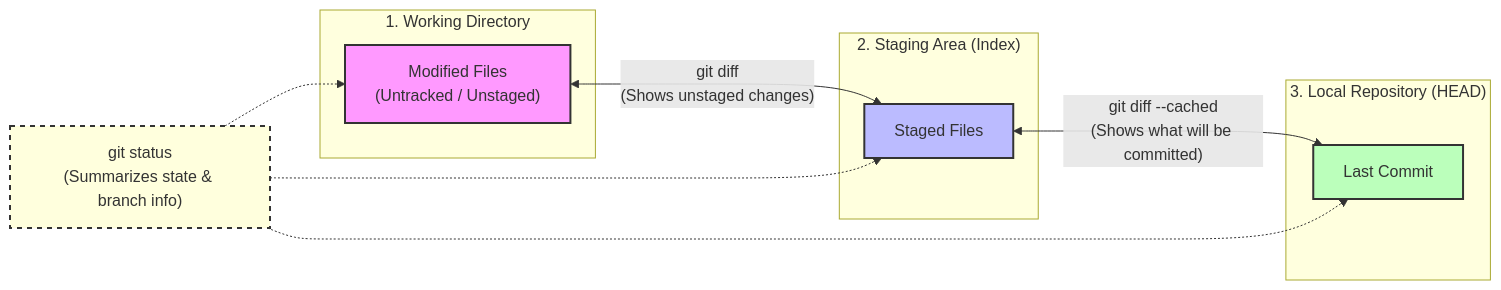
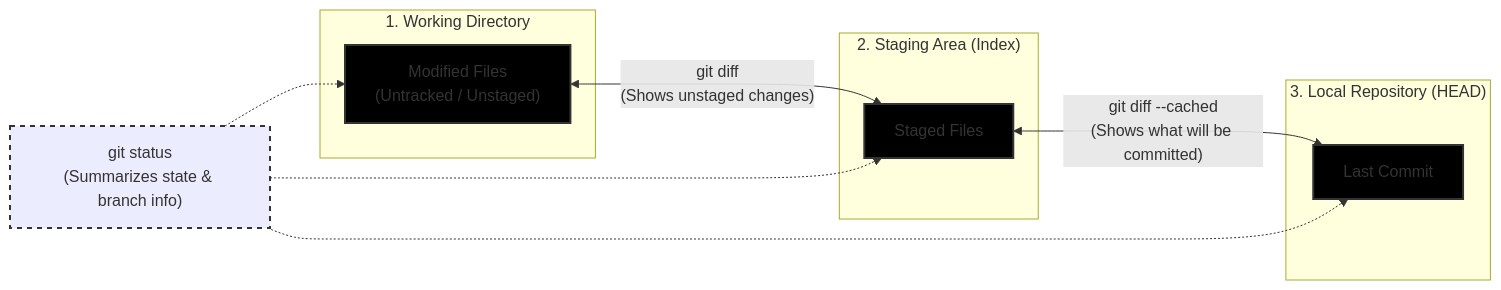
One commit to Balasubramanian-pg/Git-101 changed the second of 2 diagrams in 01. Git Fundamentals/Repository Working Directory Staging Area Commit.md. Above: the diagram before and after it, drawn with Mermaid.

Commit message:
Enhance documentation on Git states and workflow
Added detailed explanations of Git's repository, working directory, staging area, and commit process. Included visualizations and common confusions to enhance understanding.

````diff
--- a/01. Git Fundamentals/Repository Working Directory Staging Area Commit.md
+++ b/01. Git Fundamentals/Repository Working Directory Staging Area Commit.md
@@ -69,27 +69,27 @@
 ```mermaid
 flowchart LR
     subgraph WorkingDirectory ["1. Working Directory"]
         WD["Modified Files\n(Untracked / Unstaged)"]
     end
 
     subgraph StagingArea ["2. Staging Area (Index)"]
         SA["Staged Files"]
     end
 
     subgraph Repository ["3. Local Repository (HEAD)"]
         Repo["Last Commit"]
     end
 
     WD <-->|"git diff\n(Shows unstaged changes)"| SA
     SA <-->|"git diff --cached\n(Shows what will be committed)"| Repo
 
     Status["git status\n(Summarizes state & branch info)"]
     Status -.-> WD
     Status -.-> SA
     Status -.-> Repo
     
-    style WD fill:#f9f,stroke:#333,stroke-width:2px
-    style SA fill:#bbf,stroke:#333,stroke-width:2px
-    style Repo fill:#bfb,stroke:#333,stroke-width:2px
-    style Status fill:#ffd,stroke:#333,stroke-width:2px,stroke-dasharray: 5 5
+    style WD fill:#000,stroke:#333,stroke-width:2px
+    style SA fill:#000,stroke:#333,stroke-width:2px
+    style Repo fill:#000,stroke:#333,stroke-width:2px
+    style Status fill:#00,stroke:#333,stroke-width:2px,stroke-dasharray: 5 5
 ```
````
